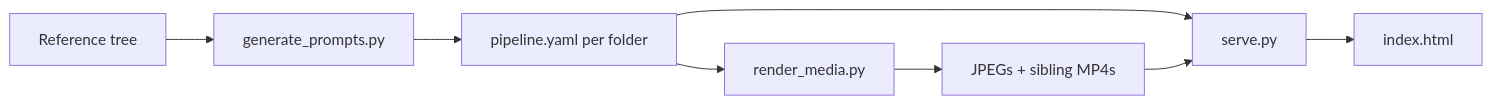
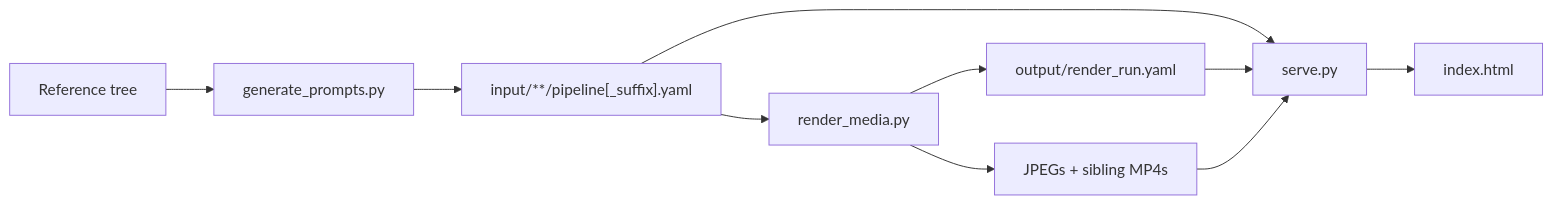
The diagram in reimagine/README.md (danhammo6/one-offs), drawn with Mermaid before and after one commit. The commit also changed other lines of this file and 18 other files, not shown here.

````diff
--- a/reimagine/README.md
+++ b/reimagine/README.md
@@ -31,10 +33,12 @@
 ```mermaid
 flowchart LR
   input[Reference tree] --> planner[generate_prompts.py]
-  planner --> yaml["pipeline.yaml per folder"]
+  planner --> yaml["input/**/pipeline[_suffix].yaml"]
   yaml --> renderer[render_media.py]
   renderer --> media[JPEGs + sibling MP4s]
+  renderer --> run["output/render_run.yaml"]
   yaml --> server[serve.py]
+  run --> server
   media --> server
   server --> gallery[index.html]
 ```
````
